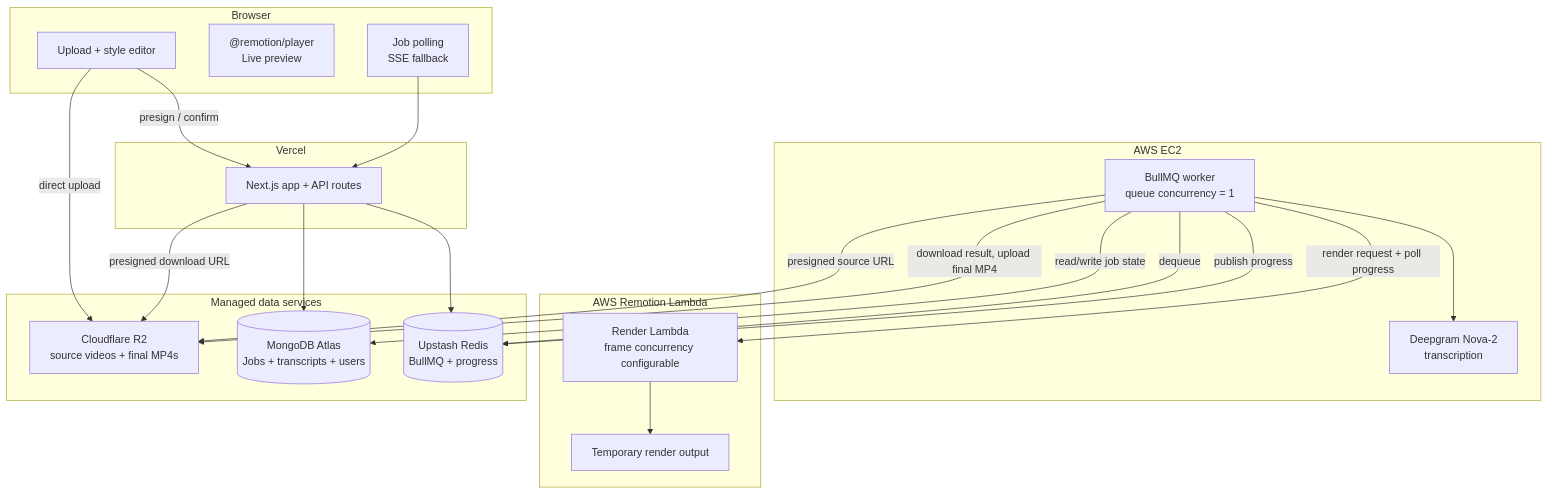
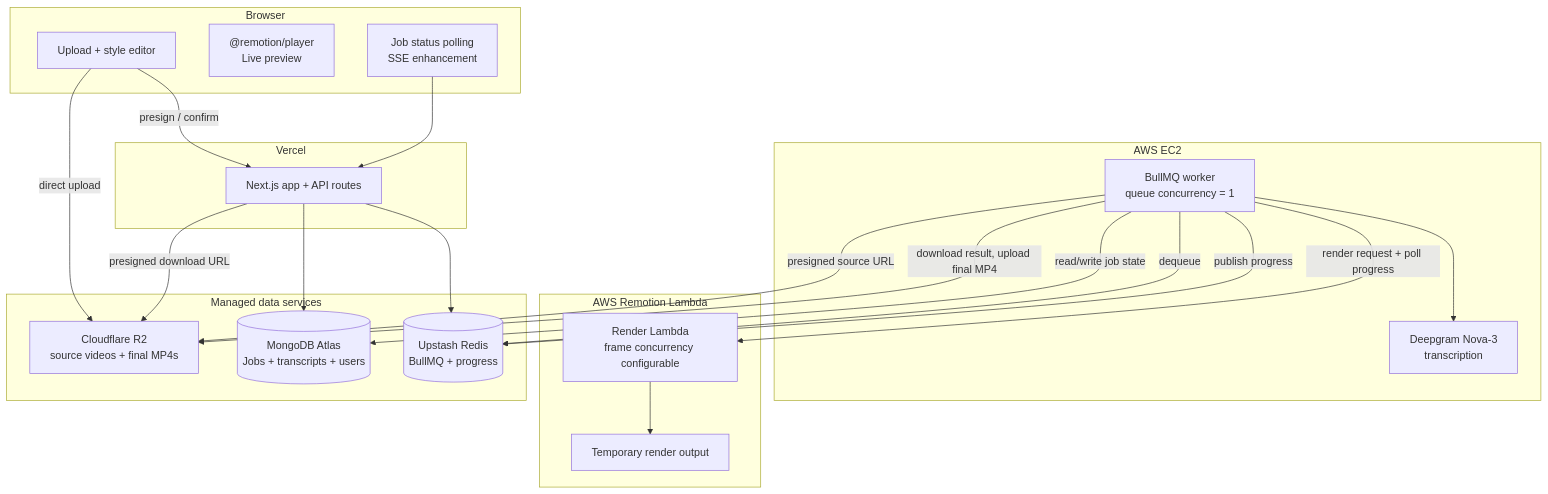
Before and after one commit to Nayab-Sarfaraj/caption-ai: the first of 3 diagrams in README.md, drawn with Mermaid. The commit also changed other lines of this file and 1 other file, not shown here.

````diff
--- a/README.md
+++ b/README.md
@@ -33,43 +33,43 @@
 ```mermaid
 graph TB
     subgraph Browser["Browser"]
         UI["Upload + style editor"]
         Player["@remotion/player\nLive preview"]
-        Progress["Job polling\nSSE fallback"]
+        Progress["Job status polling\nSSE enhancement"]
     end
 
     subgraph Vercel["Vercel"]
         Next["Next.js app + API routes"]
     end
 
     subgraph EC2["AWS EC2"]
         Worker["BullMQ worker\nqueue concurrency = 1"]
-        Deepgram["Deepgram Nova-2\ntranscription"]
+        Deepgram["Deepgram Nova-3\ntranscription"]
     end
 
     subgraph Lambda["AWS Remotion Lambda"]
         Renderer["Render Lambda\nframe concurrency configurable"]
         TempS3["Temporary render output"]
     end
 
     subgraph Data["Managed data services"]
         R2["Cloudflare R2\nsource videos + final MP4s"]
         Mongo[("MongoDB Atlas\nJobs + transcripts + users")]
         Redis[("Upstash Redis\nBullMQ + progress")]
     end
 
     UI -->|presign / confirm| Next
     UI -->|direct upload| R2
     Next --> Mongo
     Next --> Redis
     Progress --> Next
     Worker -->|dequeue| Redis
     Worker --> Deepgram
     Worker -->|read/write job state| Mongo
     Worker -->|presigned source URL| R2
     Worker -->|render request + poll progress| Renderer
     Renderer --> TempS3
     Worker -->|download result, upload final MP4| R2
     Worker -->|publish progress| Redis
     Next -->|presigned download URL| R2
 ```
````
